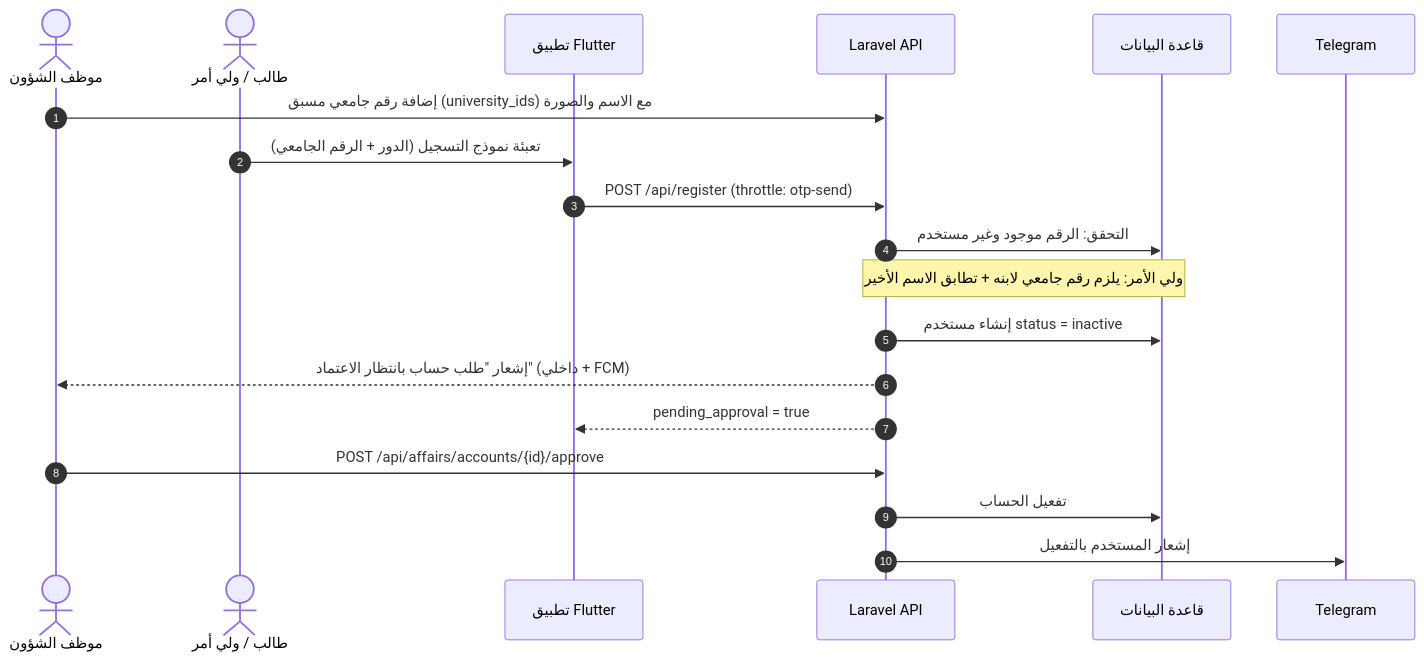
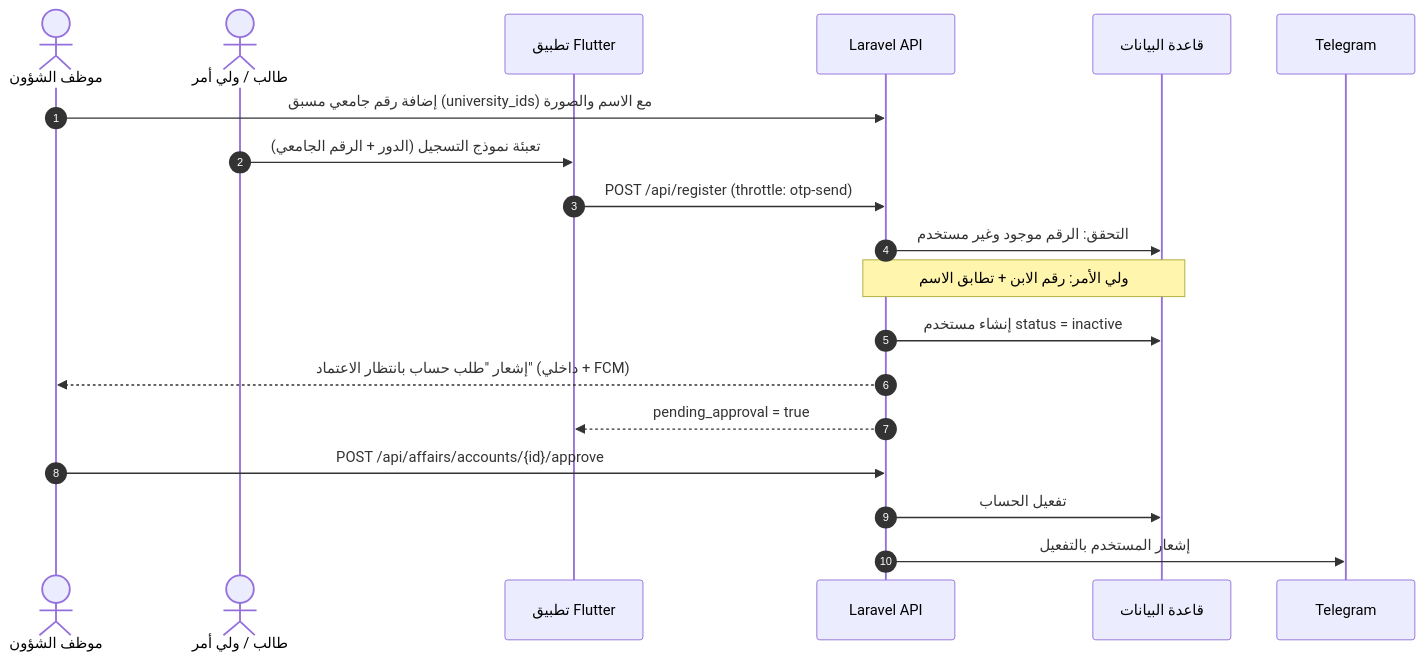
The first of 6 diagrams in docs/ar/05-key-flows.md (majdoulee2006/edu_bridge_backend), drawn with Mermaid before and after one commit. The commit also changed 12 other files, not shown here.

````diff
--- a/docs/ar/05-key-flows.md
+++ b/docs/ar/05-key-flows.md
@@ -9,22 +9,22 @@
 ```mermaid
 sequenceDiagram
     autonumber
     actor Aff as موظف الشؤون
     actor U as طالب / ولي أمر
     participant App as تطبيق Flutter
     participant API as Laravel API
     participant DB as قاعدة البيانات
     participant TG as Telegram
 
     Aff->>API: إضافة رقم جامعي مسبق (university_ids) مع الاسم والصورة
     U->>App: تعبئة نموذج التسجيل (الدور + الرقم الجامعي)
     App->>API: POST /api/register (throttle: otp-send)
     API->>DB: التحقق: الرقم موجود وغير مستخدم
-    Note over API,DB: ولي الأمر: يلزم رقم جامعي لابنه + تطابق الاسم الأخير
+    Note over API,DB: ولي الأمر: رقم الابن + تطابق الاسم
     API->>DB: إنشاء مستخدم status = inactive
     API-->>Aff: إشعار "طلب حساب بانتظار الاعتماد" (داخلي + FCM)
     API-->>App: pending_approval = true
     Aff->>API: POST /api/affairs/accounts/{id}/approve
     API->>DB: تفعيل الحساب
     API->>TG: إشعار المستخدم بالتفعيل
 ```
````
